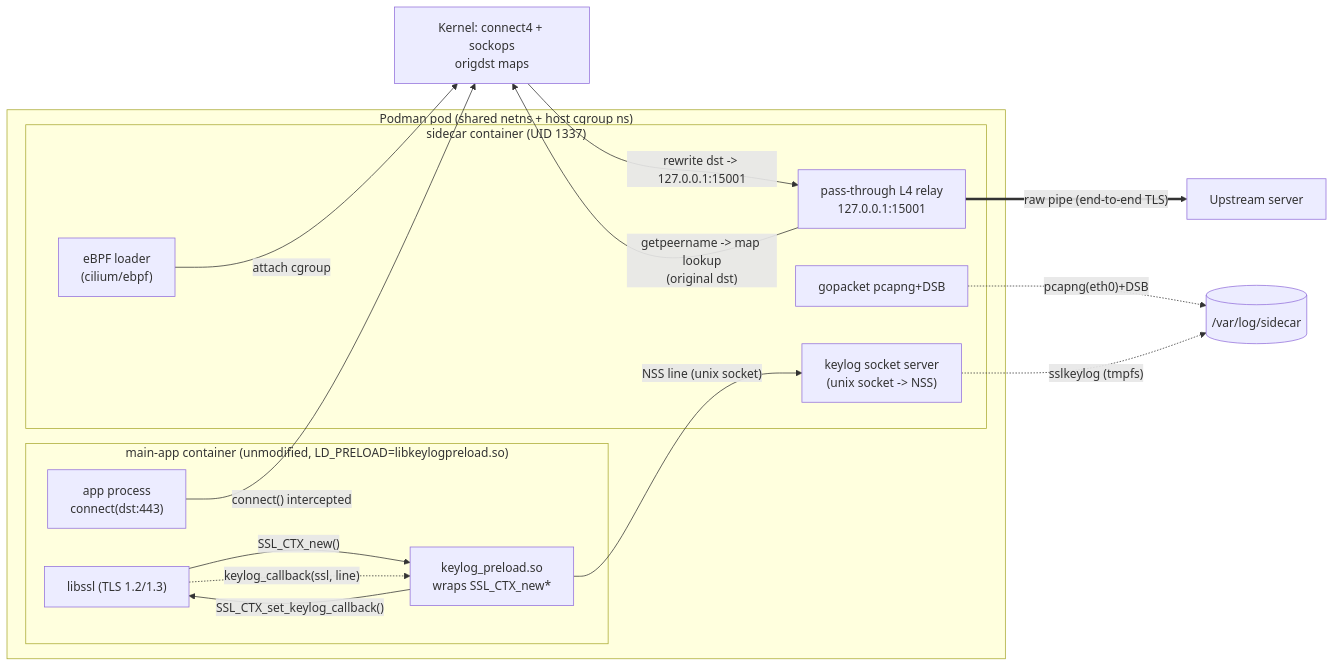
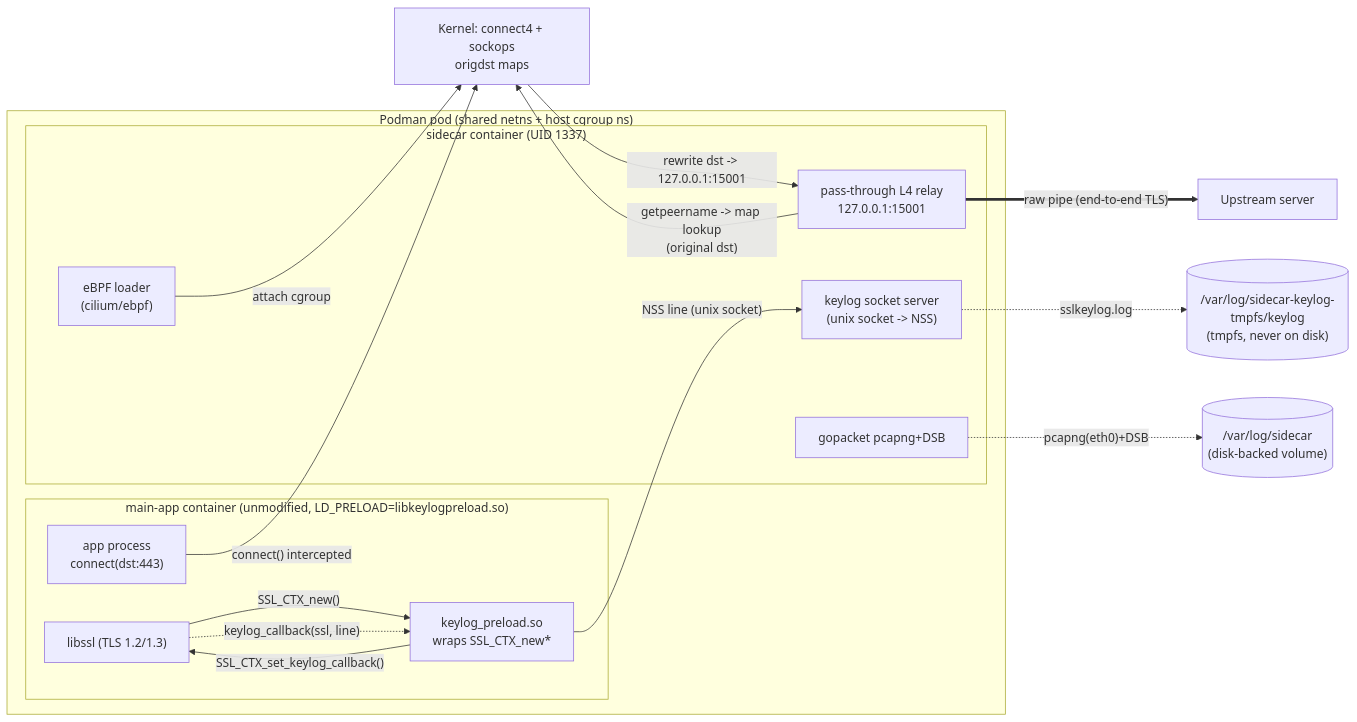
Before and after one commit to mesbrj/GO-eBPF-Proxy: the diagram in docs/technical-design-document.md, drawn with Mermaid. The commit also changed other lines of this file and 19 other files, not shown here.

````diff
--- a/docs/technical-design-document.md
+++ b/docs/technical-design-document.md
@@ -170,29 +172,29 @@
 ```mermaid
 flowchart LR
     subgraph pod["Podman pod (shared netns + host cgroup ns)"]
         subgraph appc["main-app container (unmodified, LD_PRELOAD=libkeylogpreload.so)"]
             app["app process<br/>connect(dst:443)"]
             libssl["libssl (TLS 1.2/1.3)"]
             preload["keylog_preload.so<br/>wraps SSL_CTX_new*"]
         end
         subgraph side["sidecar container (UID 1337)"]
             loader["eBPF loader<br/>(cilium/ebpf)"]
             relay["pass-through L4 relay<br/>127.0.0.1:15001"]
             keylog["keylog socket server<br/>(unix socket -> NSS)"]
             cap["gopacket pcapng+DSB"]
         end
     end
     kern["Kernel: connect4 + sockops<br/>origdst maps"]
 
     app -- "connect() intercepted" --> kern
     kern -- "rewrite dst -> 127.0.0.1:15001" --> relay
     loader -- "attach cgroup" --> kern
     libssl -- "SSL_CTX_new()" --> preload
     preload -- "SSL_CTX_set_keylog_callback()" --> libssl
     libssl -. "keylog_callback(ssl, line)" .-> preload
     preload -- "NSS line (unix socket)" --> keylog
     relay -- "getpeername -> map lookup<br/>(original dst)" --> kern
     relay == "raw pipe (end-to-end TLS)" ==> internet["Upstream server"]
-    cap -. "pcapng(eth0)+DSB" .-> disk[("/var/log/sidecar")]
-    keylog -. "sslkeylog (tmpfs)" .-> disk
+    cap -. "pcapng(eth0)+DSB" .-> disk[("/var/log/sidecar<br/>(disk-backed volume)")]
+    keylog -. "sslkeylog.log" .-> ktmpfs[("/var/log/sidecar-keylog-tmpfs/keylog<br/>(tmpfs, never on disk)")]
 ```
````
